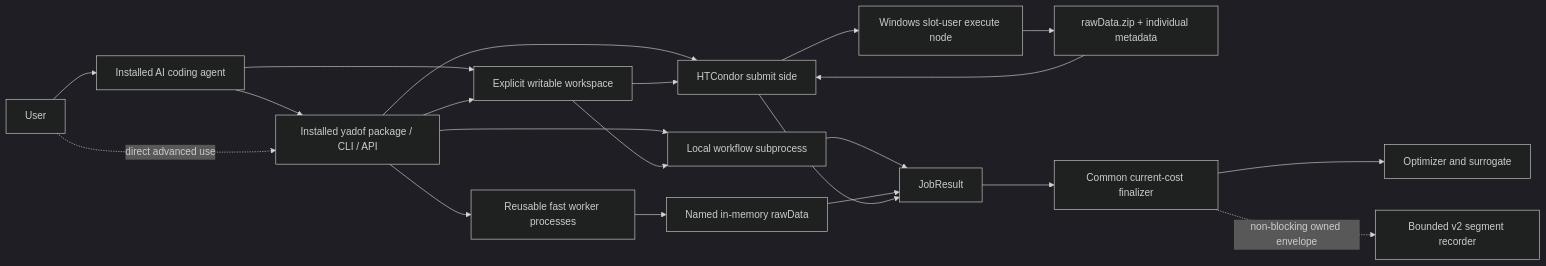
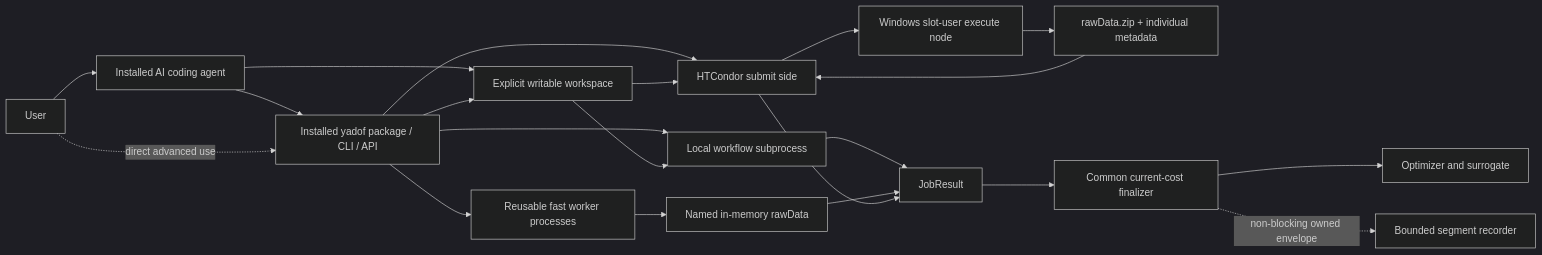
One commit to YS-Pan/yadof changed the diagram in dev_doc/architecture/c4_container.md. Above: the diagram before and after it, drawn with Mermaid (dark theme). The commit also changed 45 other files, not shown here.

````diff
--- a/dev_doc/architecture/c4_container.md
+++ b/dev_doc/architecture/c4_container.md
@@ -3,23 +3,23 @@
 ```mermaid
 flowchart LR
     User["User"] --> Agent["Installed AI coding agent"]
     Agent --> Package["Installed yadof package / CLI / API"]
     Agent --> Workspace["Explicit writable workspace"]
     User -. direct advanced use .-> Package
     Package --> Workspace
     Package --> Local["Local workflow subprocess"]
     Package --> Fast["Reusable fast worker processes"]
     Package --> Schedd["HTCondor submit side"]
     Schedd --> Worker["Windows slot-user execute node"]
     Workspace --> Local
     Workspace --> Schedd
     Local --> Result["JobResult"]
     Fast --> Memory["Named in-memory rawData"]
     Memory --> Result
     Worker --> Zip["rawData.zip + individual metadata"]
     Zip --> Schedd
     Schedd --> Result
     Result --> Finalizer["Common current-cost finalizer"]
     Finalizer --> Optimizer["Optimizer and surrogate"]
-    Finalizer -. non-blocking owned envelope .-> Records["Bounded v2 segment recorder"]
+    Finalizer -. non-blocking owned envelope .-> Records["Bounded segment recorder"]
 ```
````
